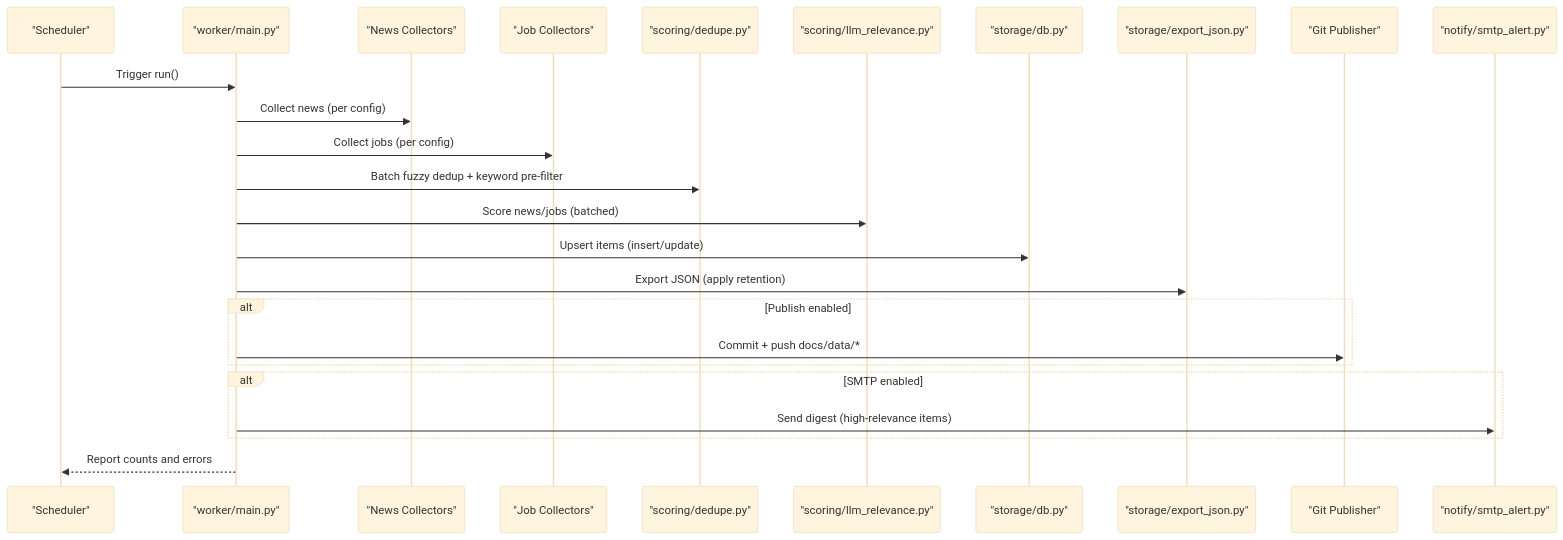
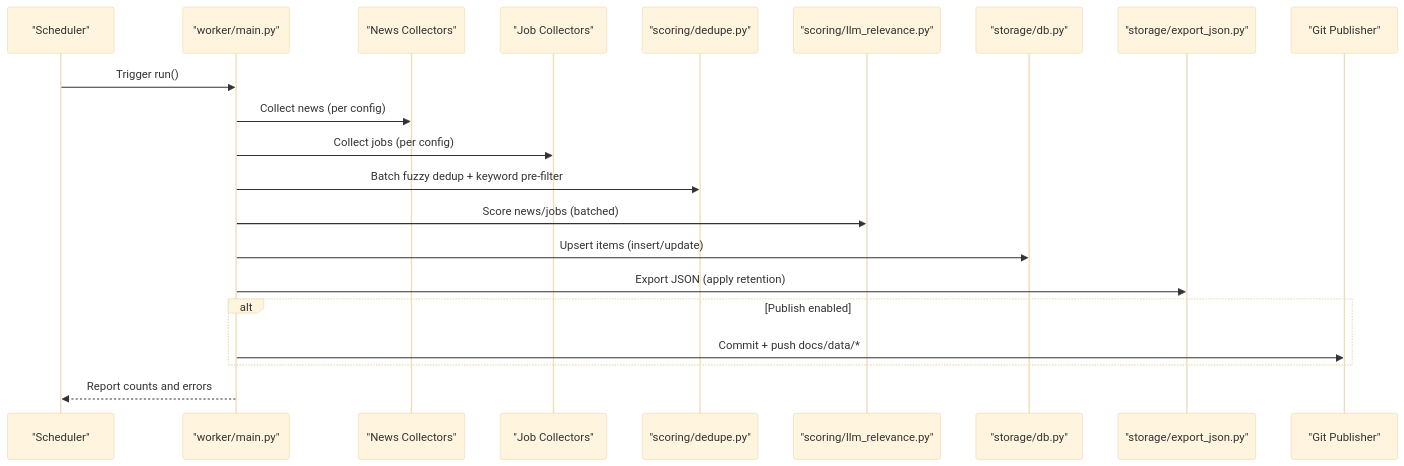
One commit to shakthi-vinayak/news changed the second of 6 diagrams in .qoder/repowiki/en/content/Project Overview/Key Features.md. Above: the diagram before and after it, drawn with Mermaid (base theme). The commit also changed other lines of this file and 37 other files, not shown here.

````diff
--- a/.qoder/repowiki/en/content/Project Overview/Key Features.md
+++ b/.qoder/repowiki/en/content/Project Overview/Key Features.md
@@ -127,27 +132,23 @@
 ```mermaid
 sequenceDiagram
 participant Cron as "Scheduler"
 participant Main as "worker/main.py"
 participant CNews as "News Collectors"
 participant CJobs as "Job Collectors"
 participant Dedup as "scoring/dedupe.py"
 participant LLM as "scoring/llm_relevance.py"
 participant DB as "storage/db.py"
 participant Export as "storage/export_json.py"
 participant Git as "Git Publisher"
-participant SMTP as "notify/smtp_alert.py"
 Cron->>Main : Trigger run()
 Main->>CNews : Collect news (per config)
 Main->>CJobs : Collect jobs (per config)
 Main->>Dedup : Batch fuzzy dedup + keyword pre-filter
 Main->>LLM : Score news/jobs (batched)
 Main->>DB : Upsert items (insert/update)
 Main->>Export : Export JSON (apply retention)
 alt Publish enabled
 Main->>Git : Commit + push docs/data/*
 end
-alt SMTP enabled
-Main->>SMTP : Send digest (high-relevance items)
-end
 Main-->>Cron : Report counts and errors
 ```
````
